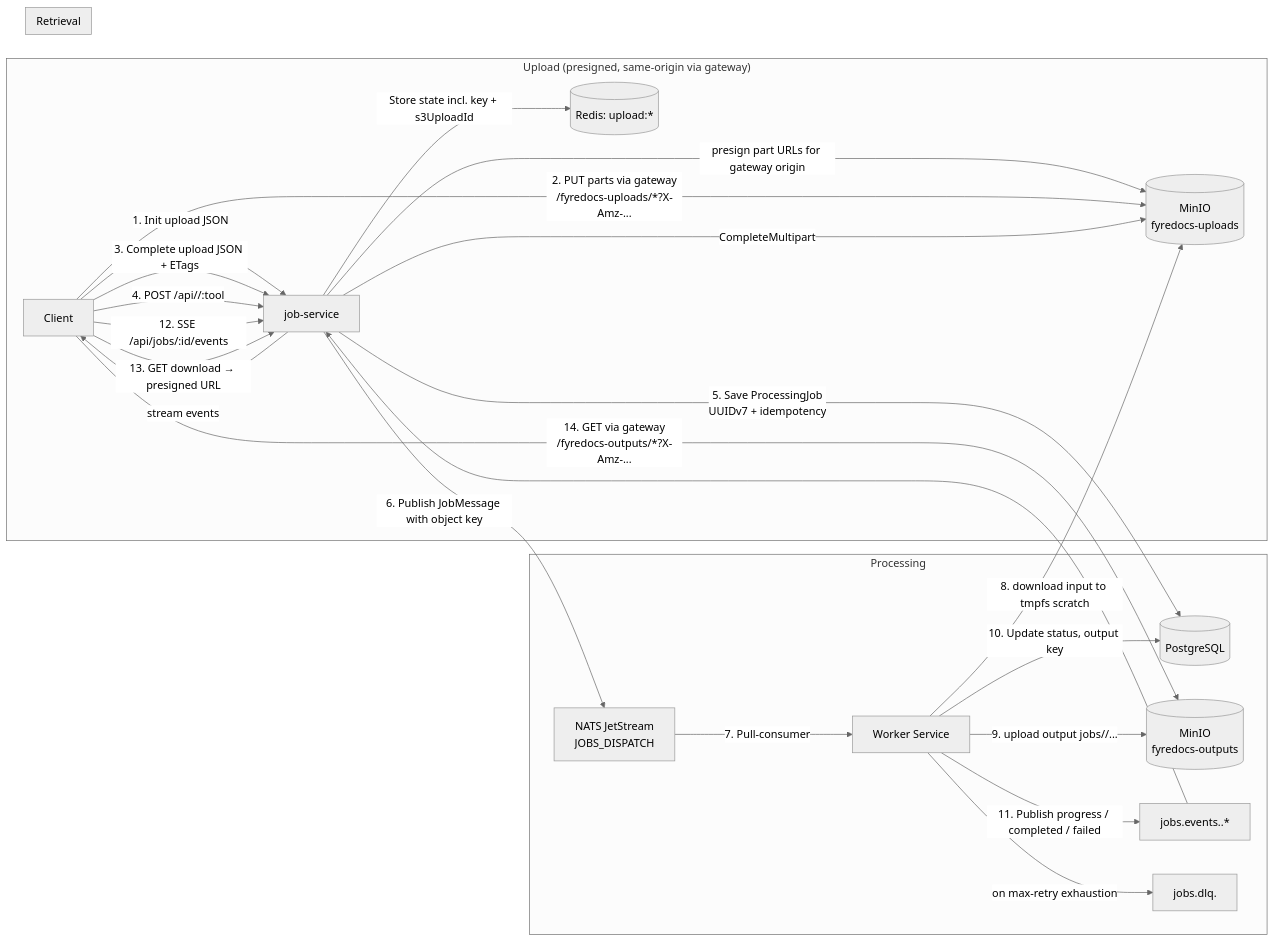
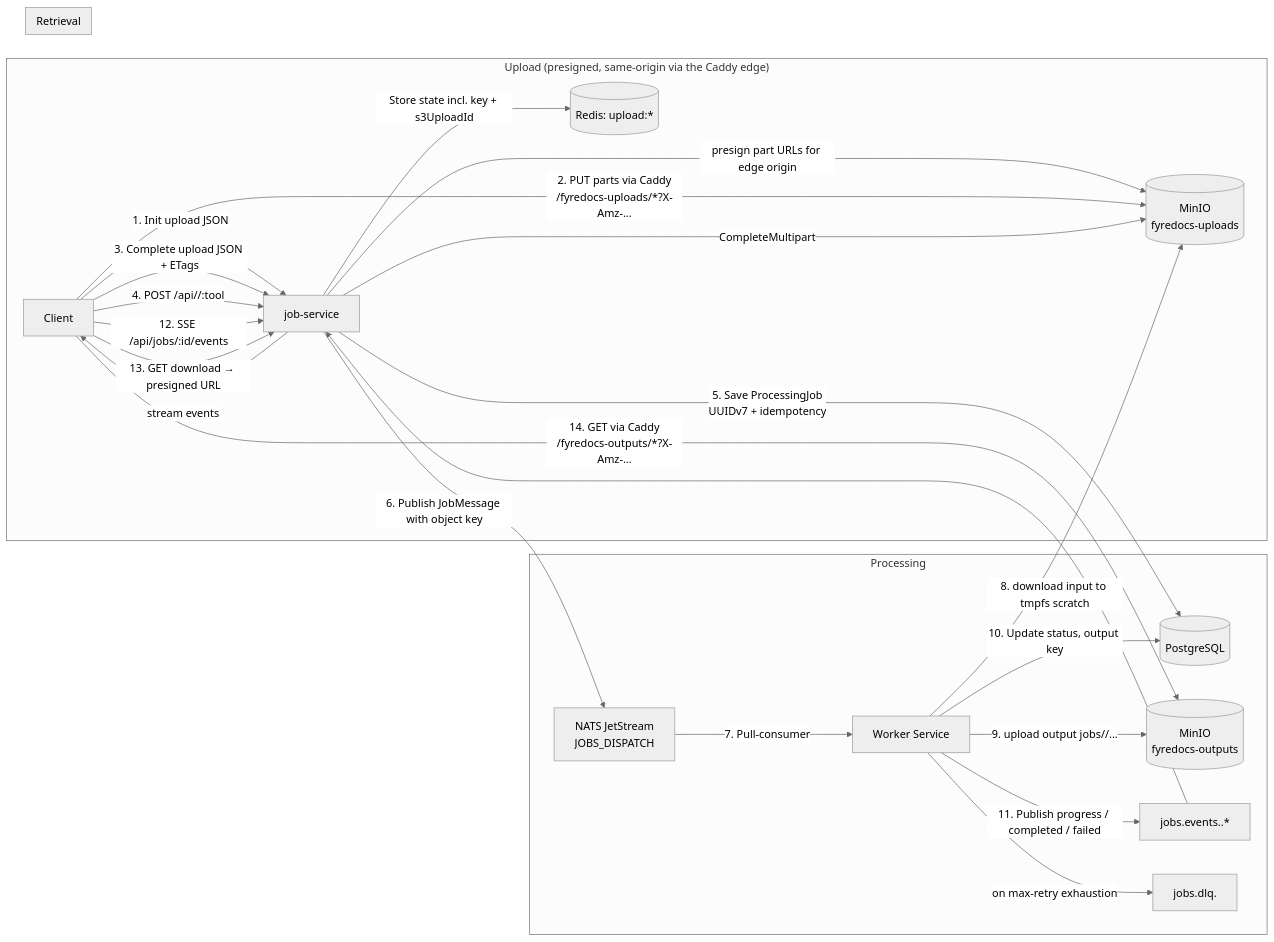
One commit to Prachidubey2003/fyredocs_backend changed the second of 5 diagrams in docs/developer/mermaid/system-overview.md. Above: the diagram before and after it, drawn with Mermaid (neutral theme). The commit also changed other lines of this file and 130 other files, not shown here.

````diff
--- a/docs/developer/mermaid/system-overview.md
+++ b/docs/developer/mermaid/system-overview.md
@@ -117,31 +122,31 @@
 ```mermaid
 flowchart LR
-    subgraph Upload["Upload (presigned, same-origin via gateway)"]
+    subgraph Upload["Upload (presigned, same-origin via the Caddy edge)"]
         A[Client] -->|1. Init upload JSON| B[job-service]
         B -->|Store state incl. key + s3UploadId| Redis[(Redis: upload:*)]
-        B -->|presign part URLs for gateway origin| S3[("MinIO<br/>fyredocs-uploads")]
-        A -->|"2. PUT parts via gateway<br/>/fyredocs-uploads/*?X-Amz-..."| S3
+        B -->|presign part URLs for edge origin| S3[("MinIO<br/>fyredocs-uploads")]
+        A -->|"2. PUT parts via Caddy<br/>/fyredocs-uploads/*?X-Amz-..."| S3
         A -->|3. Complete upload JSON + ETags| B
         B -->|CompleteMultipart| S3
     end
 
     subgraph Processing
         A -->|4. POST /api/<group>/:tool| B
         B -->|5. Save ProcessingJob<br/>UUIDv7 + idempotency| PG[(PostgreSQL)]
         B -->|6. Publish JobMessage with object key| NATS["NATS JetStream<br/>JOBS_DISPATCH"]
         NATS -->|7. Pull-consumer| W["Worker Service"]
         W -->|8. download input to tmpfs scratch| S3
         W -->|9. upload output jobs/<jobId>/...| S3O[("MinIO<br/>fyredocs-outputs")]
         W -->|10. Update status, output key| PG
         W -->|11. Publish progress / completed / failed| EV["jobs.events.<jobId>.*"]
         W -->|on max-retry exhaustion| DLQ["jobs.dlq.<service>"]
     end
 
     subgraph Retrieval
         A -->|12. SSE /api/jobs/:id/events| B
         EV --> B
         B -->|stream events| A
         A -->|13. GET download → presigned URL| B
-        A -->|"14. GET via gateway<br/>/fyredocs-outputs/*?X-Amz-..."| S3O
+        A -->|"14. GET via Caddy<br/>/fyredocs-outputs/*?X-Amz-..."| S3O
     end
 ```
````
